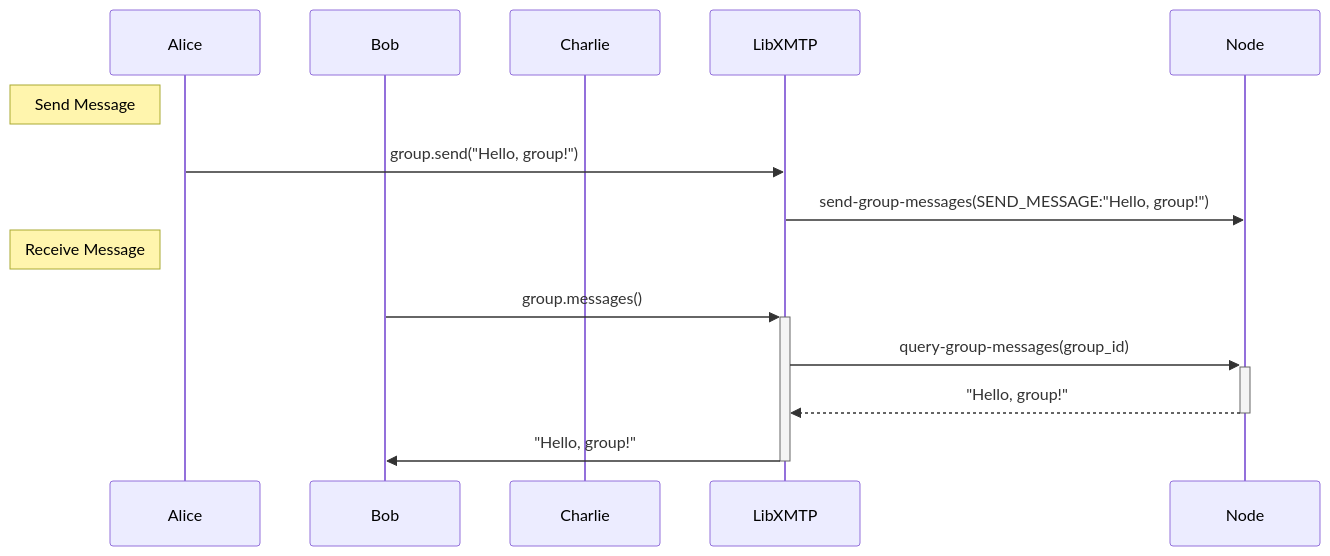
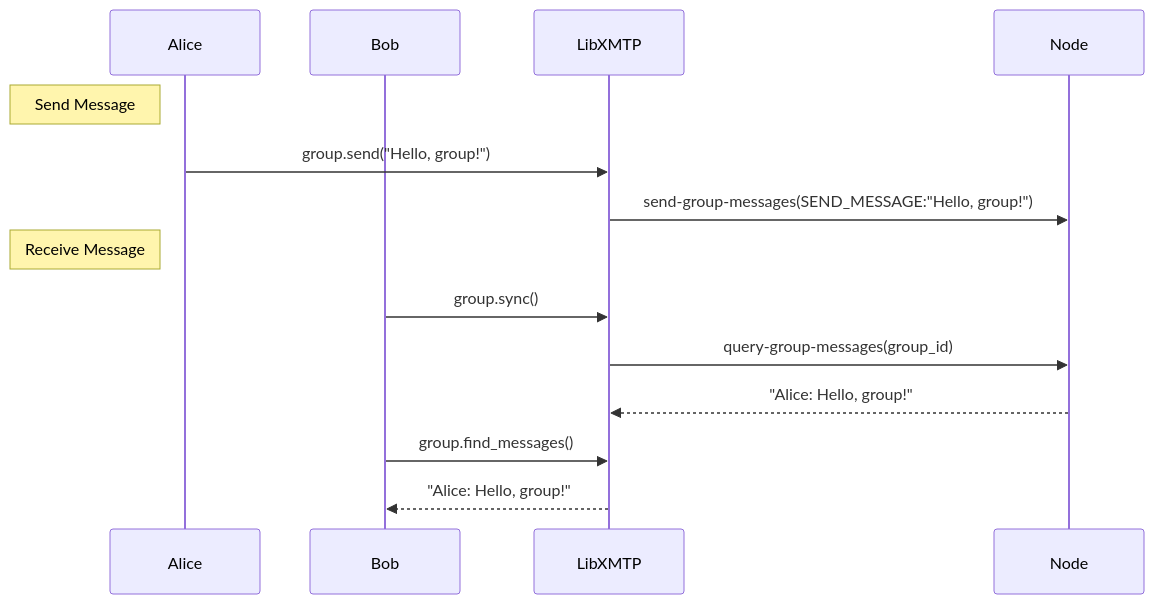
One commit to xmtp/libxmtp changed the diagram in diagrams/send-receive.mermaid. Above: the diagram before and after it, drawn with Mermaid. The commit also changed 5 other files, not shown here.

```diff
--- a/diagrams/send-receive.mermaid
+++ b/diagrams/send-receive.mermaid
@@ -1,16 +1,16 @@
 sequenceDiagram
     participant Alice
     participant Bob
-    participant Charlie
     participant LibXMTP
     participant Node
 
     Note left of Alice: Send Message
     Alice->>LibXMTP: group.send("Hello, group!")
     LibXMTP->>Node: send-group-messages(SEND_MESSAGE:"Hello, group!")
 
     Note left of Alice: Receive Message
-    Bob->>+LibXMTP: group.messages()
-    LibXMTP->>+Node: query-group-messages(group_id)
-    Node-->>-LibXMTP: "Hello, group!"
-    LibXMTP->>-Bob: "Hello, group!"
+    Bob->>LibXMTP: group.sync()
+    LibXMTP->>Node: query-group-messages(group_id)
+    Node-->>LibXMTP: "Alice: Hello, group!"
+    Bob->>LibXMTP: group.find_messages()
+    LibXMTP-->>Bob: "Alice: Hello, group!"
```
